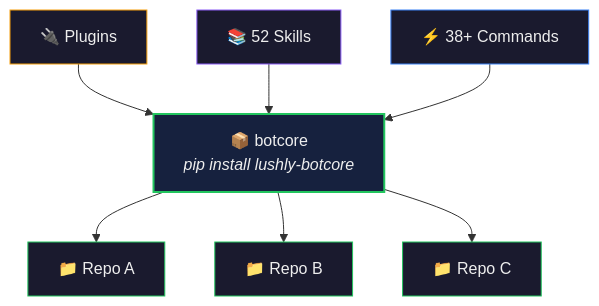
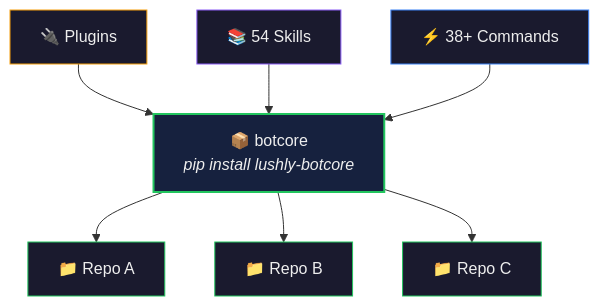
One commit to lushly-dev/botcore changed the second of 4 diagrams in README.md. Above: the diagram before and after it, drawn with Mermaid. The commit also changed other lines of this file and 2 other files, not shown here.

````diff
--- a/README.md
+++ b/README.md
@@ -49,20 +49,20 @@
 ```mermaid
 graph TB
     BC["📦 botcore<br/><em>pip install lushly-botcore</em>"]
 
     BC --> A["📁 Repo A"]
     BC --> B["📁 Repo B"]
     BC --> C["📁 Repo C"]
 
     P["🔌 Plugins"] --> BC
-    S["📚 52 Skills"] --> BC
+    S["📚 54 Skills"] --> BC
     CMD["⚡ 38+ Commands"] --> BC
 
     style BC fill:#16213e,stroke:#22c55e,stroke-width:2px,color:#eee
     style A fill:#1a1a2e,stroke:#22c55e,color:#eee
     style B fill:#1a1a2e,stroke:#22c55e,color:#eee
     style C fill:#1a1a2e,stroke:#22c55e,color:#eee
     style P fill:#1a1a2e,stroke:#f59e0b,color:#eee
     style S fill:#1a1a2e,stroke:#8B5CF6,color:#eee
     style CMD fill:#1a1a2e,stroke:#3b82f6,color:#eee
 ```
````
